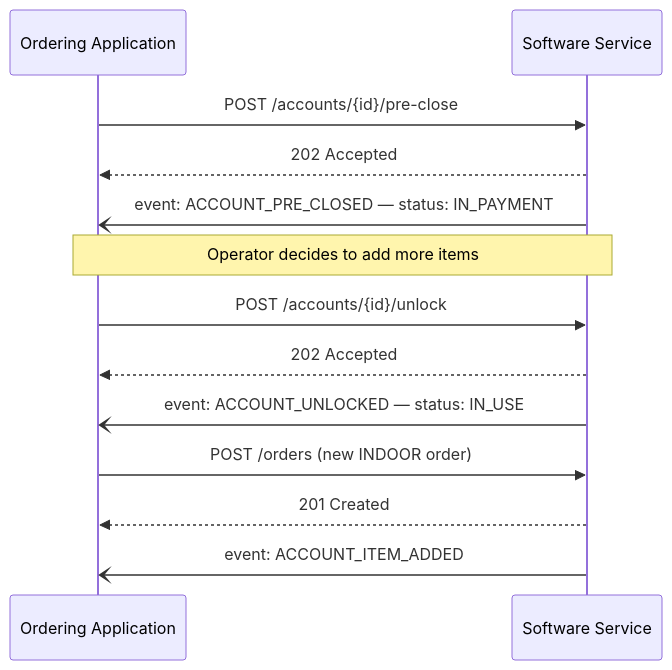
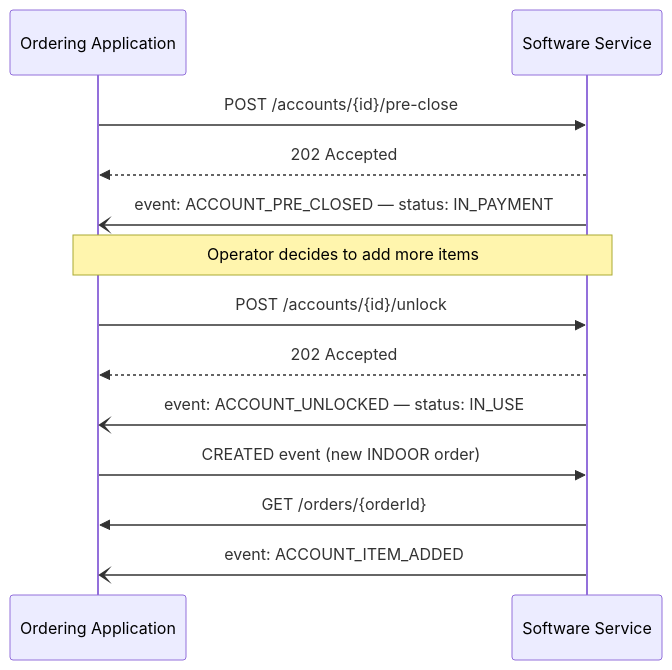
Before and after one commit to Abrasel-Nacional/opendelivery-v2: the third of 7 diagrams in docs/protocol/indoor.en.md, drawn with Mermaid. The commit also changed other lines of this file and 230 other files, not shown here.

````diff
--- a/docs/protocol/indoor.en.md
+++ b/docs/protocol/indoor.en.md
@@ -301,18 +372,18 @@
 ```mermaid
 sequenceDiagram
-    participant OA as Ordering Application
-    participant SS as Software Service
+ participant OA as Ordering Application
+ participant SS as Software Service
 
-    OA->>SS: POST /accounts/{id}/pre-close
-    SS-->>OA: 202 Accepted
-    SS-)OA: event: ACCOUNT_PRE_CLOSED — status: IN_PAYMENT
+ OA->>SS: POST /accounts/{id}/pre-close
+ SS-->>OA: 202 Accepted
+ SS-)OA: event: ACCOUNT_PRE_CLOSED — status: IN_PAYMENT
 
-    Note over OA,SS: Operator decides to add more items
-    OA->>SS: POST /accounts/{id}/unlock
-    SS-->>OA: 202 Accepted
-    SS-)OA: event: ACCOUNT_UNLOCKED — status: IN_USE
+ Note over OA,SS: Operator decides to add more items
+ OA->>SS: POST /accounts/{id}/unlock
+ SS-->>OA: 202 Accepted
+ SS-)OA: event: ACCOUNT_UNLOCKED — status: IN_USE
 
-    OA->>SS: POST /orders (new INDOOR order)
-    SS-->>OA: 201 Created
-    SS-)OA: event: ACCOUNT_ITEM_ADDED
+ OA->>SS: CREATED event (new INDOOR order)
+ SS->>OA: GET /orders/{orderId}
+ SS-)OA: event: ACCOUNT_ITEM_ADDED
 ```
````
